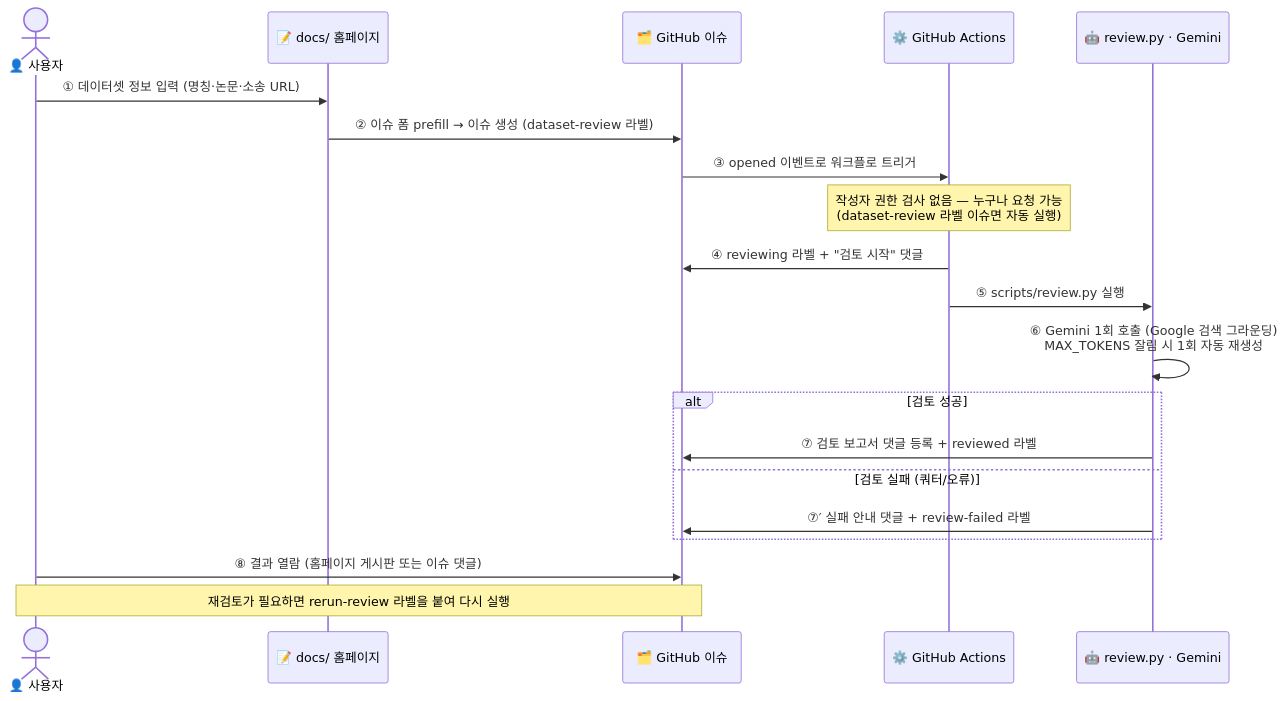
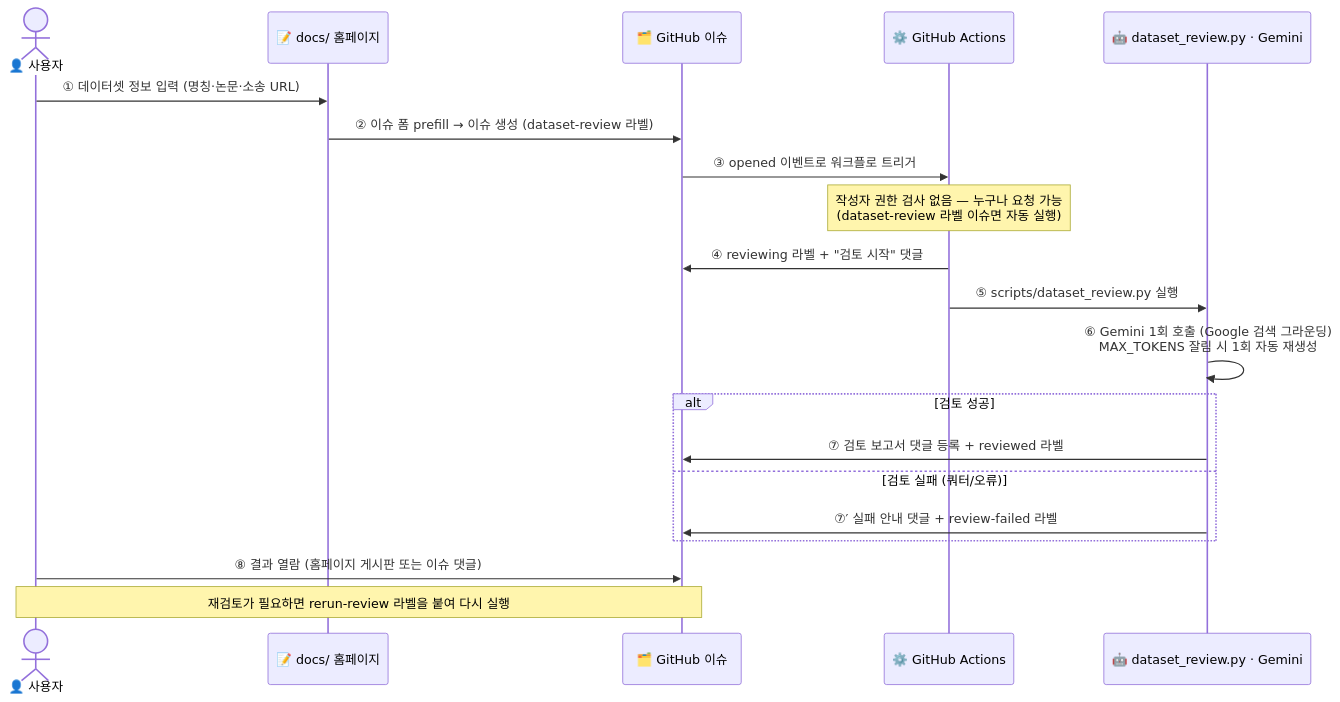
Before and after one commit to aigovsensing/dataset-review: the second of 3 diagrams in README.md, drawn with Mermaid. The commit also changed other lines of this file and 8 other files, not shown here.

First line of the commit message:
refactor: 파일명을 dataset_review / paper_review 로 명확히 구분

````diff
--- a/README.md
+++ b/README.md
@@ -66,23 +66,23 @@
 ```mermaid
 sequenceDiagram
     actor U as 👤 사용자
     participant H as 📝 docs/ 홈페이지
     participant I as 🗂️ GitHub 이슈
     participant A as ⚙️ GitHub Actions
-    participant G as 🤖 review.py · Gemini
+    participant G as 🤖 dataset_review.py · Gemini
 
     U->>H: ① 데이터셋 정보 입력 (명칭·논문·소송 URL)
     H->>I: ② 이슈 폼 prefill → 이슈 생성 (dataset-review 라벨)
     I->>A: ③ opened 이벤트로 워크플로 트리거
     Note over A: 작성자 권한 검사 없음 — 누구나 요청 가능<br/>(dataset-review 라벨 이슈면 자동 실행)
     A->>I: ④ reviewing 라벨 + "검토 시작" 댓글
-    A->>G: ⑤ scripts/review.py 실행
+    A->>G: ⑤ scripts/dataset_review.py 실행
     G->>G: ⑥ Gemini 1회 호출 (Google 검색 그라운딩)<br/>MAX_TOKENS 잘림 시 1회 자동 재생성
     alt 검토 성공
         G->>I: ⑦ 검토 보고서 댓글 등록 + reviewed 라벨
     else 검토 실패 (쿼터/오류)
         G->>I: ⑦′ 실패 안내 댓글 + review-failed 라벨
     end
     U->>I: ⑧ 결과 열람 (홈페이지 게시판 또는 이슈 댓글)
     Note over U,I: 재검토가 필요하면 rerun-review 라벨을 붙여 다시 실행
 ```
````
